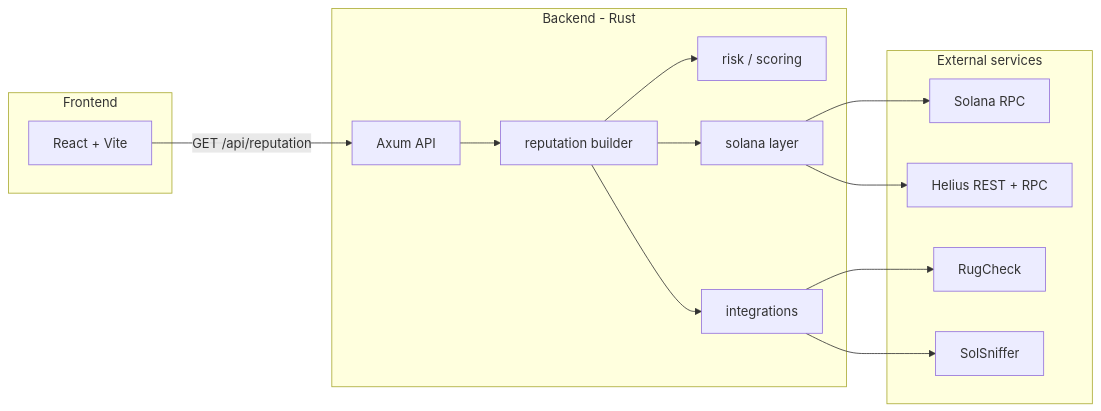
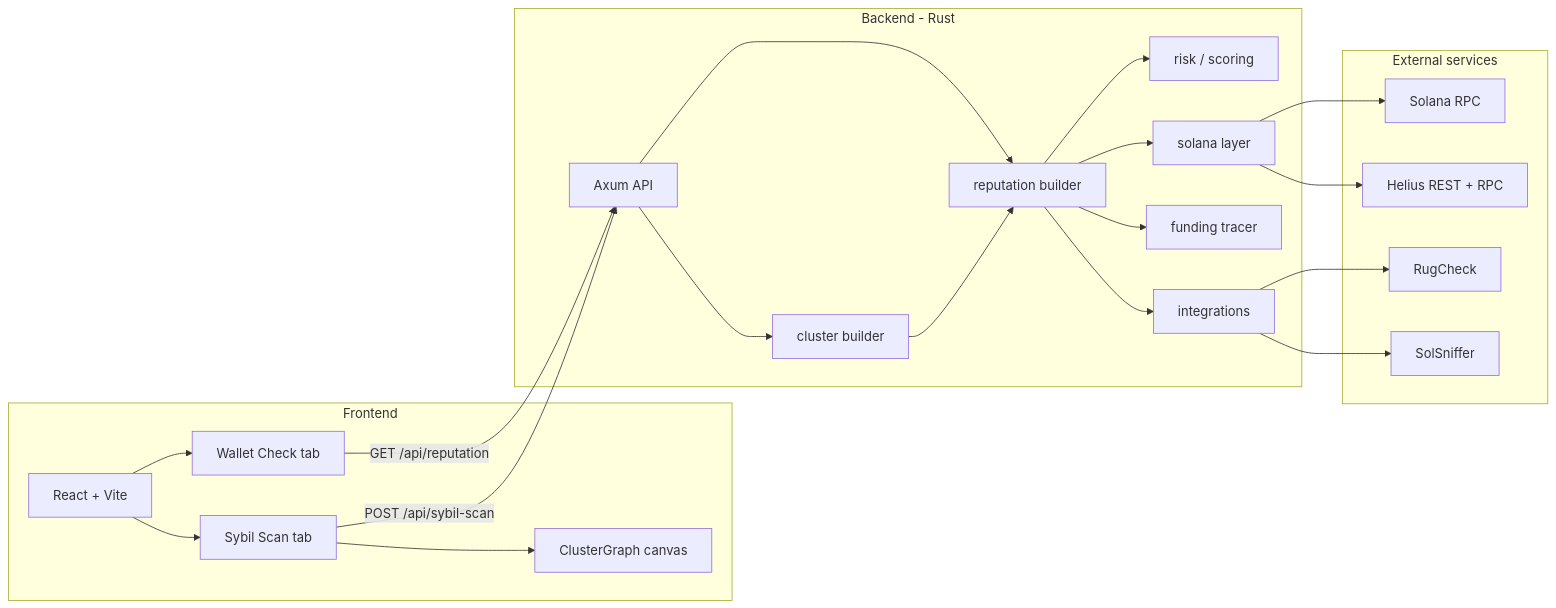
One commit to ibrahimferizi/ReputationX changed the diagram in DOCUMENTATION.md. Above: the diagram before and after it, drawn with Mermaid. The commit also changed other lines of this file and 1 other file, not shown here.

Commit message:
graph update

````diff
--- a/DOCUMENTATION.md
+++ b/DOCUMENTATION.md
@@ -25,28 +28,40 @@
 ```mermaid
 flowchart LR
   subgraph client [Frontend]
     UI[React + Vite]
+    WC[Wallet Check tab]
+    SS[Sybil Scan tab]
+    CG[ClusterGraph canvas]
+    UI --> WC
+    UI --> SS
+    SS --> CG
   end
   subgraph api [Backend - Rust]
     AX[Axum API]
     REP[reputation builder]
+    CLU[cluster builder]
     RISK[risk / scoring]
     SOL[solana layer]
+    FUND[funding tracer]
     INT[integrations]
   end
   subgraph external [External services]
     RPC[Solana RPC]
     HEL[Helius REST + RPC]
     RUG[RugCheck]
     SNI[SolSniffer]
   end
-  UI -->|GET /api/reputation| AX
+  WC -->|GET /api/reputation| AX
+  SS -->|POST /api/sybil-scan| AX
   AX --> REP
+  AX --> CLU
   REP --> RISK
   REP --> SOL
+  REP --> FUND
   REP --> INT
+  CLU --> REP
   SOL --> RPC
   SOL --> HEL
   INT --> RUG
   INT --> SNI
 ```
````
